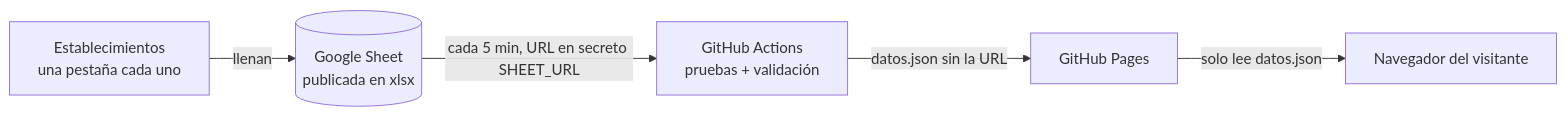
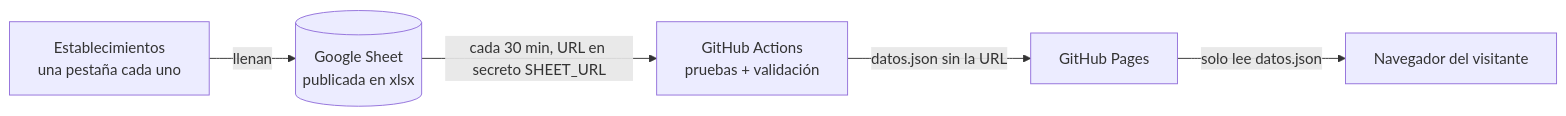
One commit to Alexis-VsCode/turismo-patate changed the diagram in README.md. Above: the diagram before and after it, drawn with Mermaid. The commit also changed other lines of this file and 17 other files, not shown here.

````diff
--- a/README.md
+++ b/README.md
@@ -71,7 +71,7 @@
 ```mermaid
 flowchart LR
     A[Establecimientos<br/>una pestaña cada uno] -->|llenan| B[(Google Sheet<br/>publicada en xlsx)]
-    B -->|cada 5 min, URL en secreto SHEET_URL| C[GitHub Actions<br/>pruebas + validación]
+    B -->|cada 30 min, URL en secreto SHEET_URL| C[GitHub Actions<br/>pruebas + validación]
     C -->|datos.json sin la URL| D[GitHub Pages]
     D -->|solo lee datos.json| E[Navegador del visitante]
 ```
````
